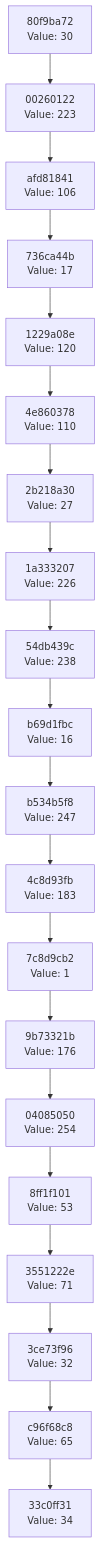
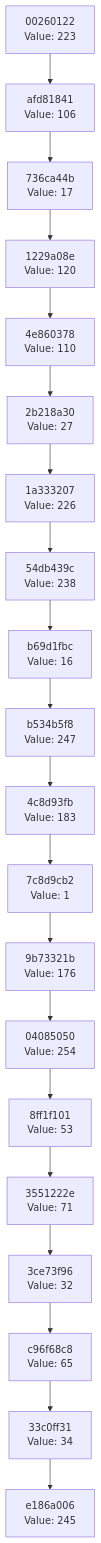
The diagram in docs/CHAIN_VISUALIZATION.md (Abhisheksinha1506/hash-chain-evolver), drawn with Mermaid before and after one commit. The commit also changed 3 other files, not shown here.

````diff
--- a/docs/CHAIN_VISUALIZATION.md
+++ b/docs/CHAIN_VISUALIZATION.md
@@ -3,42 +3,42 @@
 ```mermaid
 graph TD
-    C0["33c0ff31<br/>Value: 34"]
-    C1["c96f68c8<br/>Value: 65"]
+    C0["e186a006<br/>Value: 245"]
+    C1["33c0ff31<br/>Value: 34"]
     C1 --> C0
-    C2["3ce73f96<br/>Value: 32"]
+    C2["c96f68c8<br/>Value: 65"]
     C2 --> C1
-    C3["3551222e<br/>Value: 71"]
+    C3["3ce73f96<br/>Value: 32"]
     C3 --> C2
-    C4["8ff1f101<br/>Value: 53"]
+    C4["3551222e<br/>Value: 71"]
     C4 --> C3
-    C5["04085050<br/>Value: 254"]
+    C5["8ff1f101<br/>Value: 53"]
     C5 --> C4
-    C6["9b73321b<br/>Value: 176"]
+    C6["04085050<br/>Value: 254"]
     C6 --> C5
-    C7["7c8d9cb2<br/>Value: 1"]
+    C7["9b73321b<br/>Value: 176"]
     C7 --> C6
-    C8["4c8d93fb<br/>Value: 183"]
+    C8["7c8d9cb2<br/>Value: 1"]
     C8 --> C7
-    C9["b534b5f8<br/>Value: 247"]
+    C9["4c8d93fb<br/>Value: 183"]
     C9 --> C8
-    C10["b69d1fbc<br/>Value: 16"]
+    C10["b534b5f8<br/>Value: 247"]
     C10 --> C9
-    C11["54db439c<br/>Value: 238"]
+    C11["b69d1fbc<br/>Value: 16"]
     C11 --> C10
-    C12["1a333207<br/>Value: 226"]
+    C12["54db439c<br/>Value: 238"]
     C12 --> C11
-    C13["2b218a30<br/>Value: 27"]
+    C13["1a333207<br/>Value: 226"]
     C13 --> C12
-    C14["4e860378<br/>Value: 110"]
+    C14["2b218a30<br/>Value: 27"]
     C14 --> C13
-    C15["1229a08e<br/>Value: 120"]
+    C15["4e860378<br/>Value: 110"]
     C15 --> C14
-    C16["736ca44b<br/>Value: 17"]
+    C16["1229a08e<br/>Value: 120"]
     C16 --> C15
-    C17["afd81841<br/>Value: 106"]
+    C17["736ca44b<br/>Value: 17"]
     C17 --> C16
-    C18["00260122<br/>Value: 223"]
+    C18["afd81841<br/>Value: 106"]
     C18 --> C17
-    C19["80f9ba72<br/>Value: 30"]
+    C19["00260122<br/>Value: 223"]
     C19 --> C18
 ```
````
